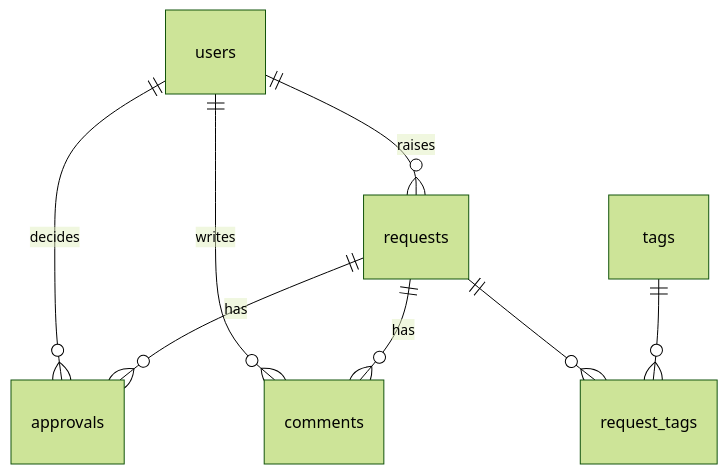
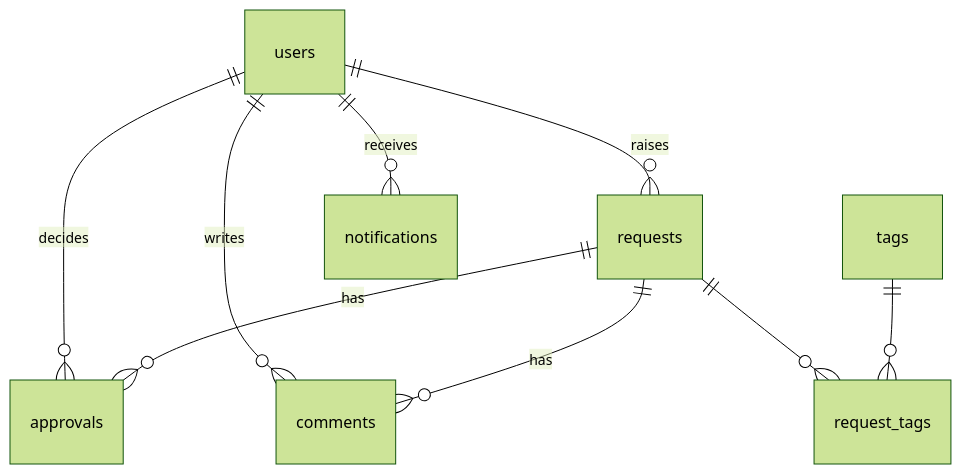
The first of 2 diagrams in README.md (RomulusMirauta/approvals-platform), drawn with Mermaid (forest theme) before and after one commit. The commit also changed other lines of this file and 1 other file, not shown here.

First line of the commit message:
docs: events and notifications

````diff
--- a/README.md
+++ b/README.md
@@ -34,10 +35,11 @@
 ```mermaid
 erDiagram
   users ||--o{ requests : raises
   users ||--o{ approvals : decides
   users ||--o{ comments : writes
   requests ||--o{ approvals : has
   requests ||--o{ comments : has
   requests ||--o{ request_tags : ""
   tags ||--o{ request_tags : ""
+  users ||--o{ notifications : receives
 ```
````
